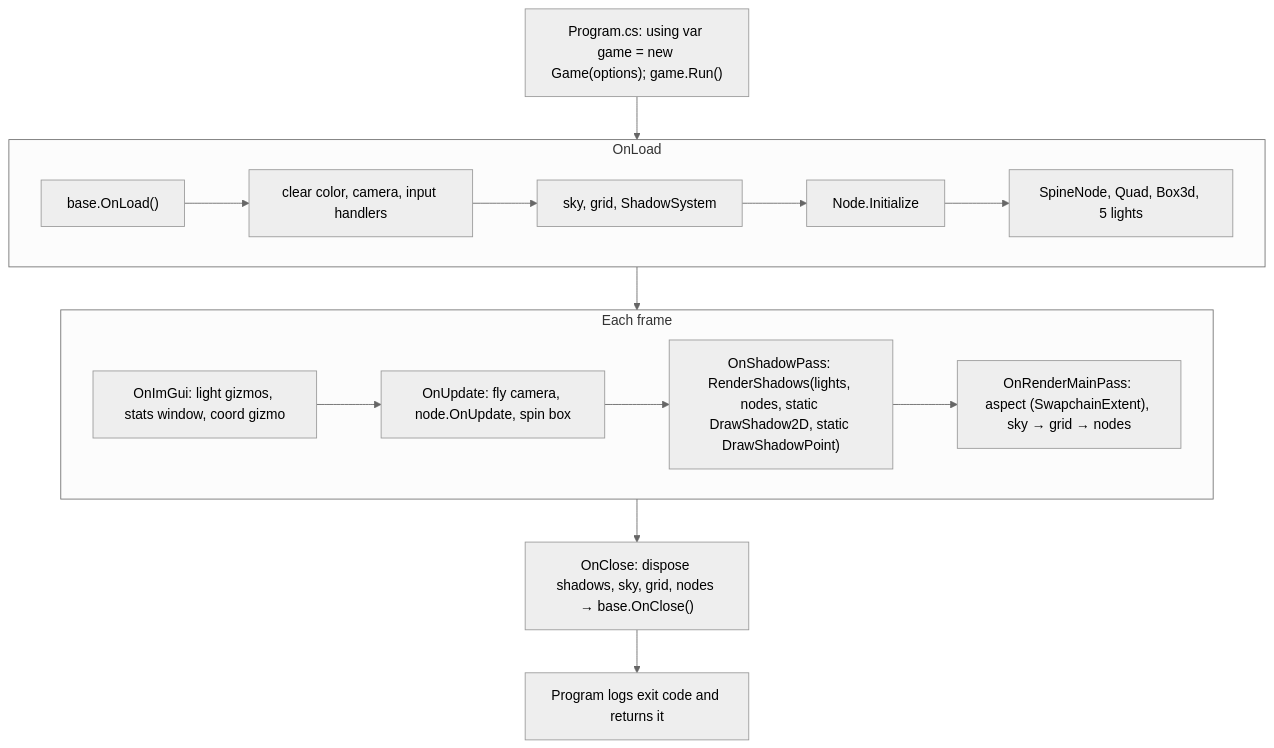
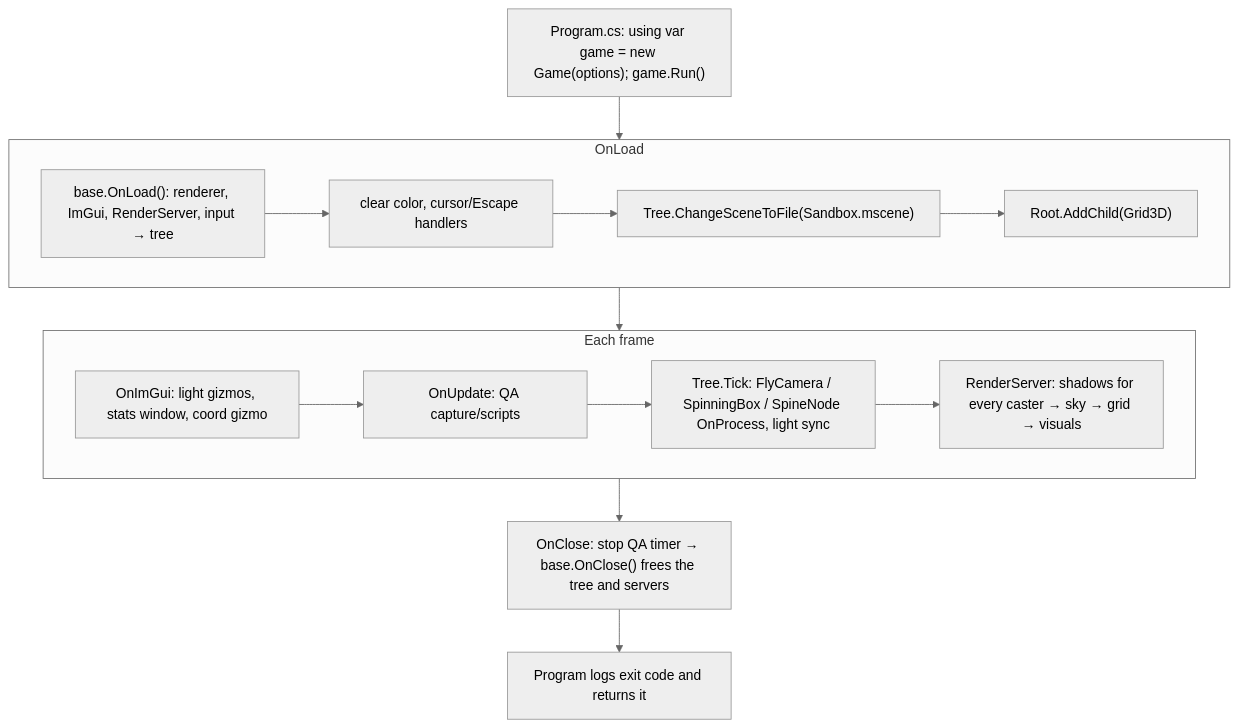
Before and after one commit to Mainframe-Games/mainframe-engine: the diagram in docs/design/sandbox.md, drawn with Mermaid (neutral theme). The commit also changed other lines of this file and 30 other files, not shown here.

First line of the commit message:
M2: Move the node-system and scene-serialization proposals into current-state docs

````diff
--- a/docs/design/sandbox.md
+++ b/docs/design/sandbox.md
@@ -48,16 +62,16 @@
 ```mermaid
 flowchart TD
     P["Program.cs: using var game = new Game(options); game.Run()"] --> L
     subgraph L["OnLoad"]
-        L1["base.OnLoad()"] --> L2["clear color, camera, input handlers"]
-        L2 --> L3["sky, grid, ShadowSystem"] --> L4["Node.Initialize"] --> L5["SpineNode, Quad, Box3d, 5 lights"]
+        L1["base.OnLoad(): renderer, ImGui, RenderServer, input → tree"] --> L2["clear color, cursor/Escape handlers"]
+        L2 --> L3["Tree.ChangeSceneToFile(Sandbox.mscene)"] --> L4["Root.AddChild(Grid3D)"]
     end
     L --> F
     subgraph F["Each frame"]
-        F1["OnImGui: light gizmos, stats window, coord gizmo"] --> F2["OnUpdate: fly camera, node.OnUpdate, spin box"]
-        F2 --> F3["OnShadowPass: RenderShadows(lights, nodes, static DrawShadow2D, static DrawShadowPoint)"]
-        F3 --> F4["OnRenderMainPass: aspect (SwapchainExtent), sky → grid → nodes"]
+        F1["OnImGui: light gizmos, stats window, coord gizmo"] --> F2["OnUpdate: QA capture/scripts"]
+        F2 --> F3["Tree.Tick: FlyCamera / SpinningBox / SpineNode OnProcess, light sync"]
+        F3 --> F4["RenderServer: shadows for every caster → sky → grid → visuals"]
     end
-    F --> C["OnClose: dispose shadows, sky, grid, nodes → base.OnClose()"]
+    F --> C["OnClose: stop QA timer → base.OnClose() frees the tree and servers"]
     C --> X["Program logs exit code and returns it"]
 ```
````
